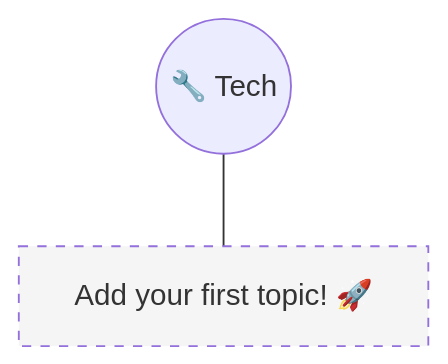
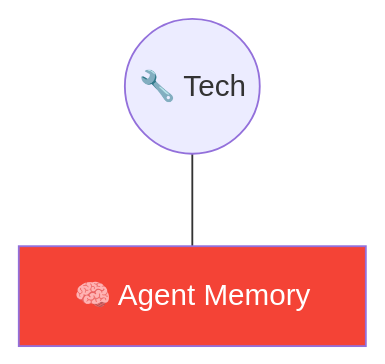
Before and after one commit to AyushSonuu/my-memory: the diagram in tech/README.md, drawn with Mermaid. The commit also changed other lines of this file and 10 other files, not shown here.

Commit message:
🆕 new topic: agent-memory — DeepLearning.AI course on building memory-aware agents (L1 done, L2-L7 placeholders)

````diff
--- a/tech/README.md
+++ b/tech/README.md
@@ -5,6 +5,8 @@
 ```mermaid
 graph TB
     T((🔧 Tech))
-    T --- EMPTY["Add your first topic! 🚀"]
-    style EMPTY fill:#f5f5f5,stroke-dasharray: 5 5
+    T --- AM["🧠 Agent Memory"]
+    
+    style AM fill:#f44336,color:#fff
+    click AM "./agent-memory/"
 ```
````
